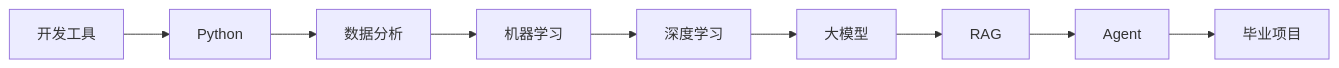
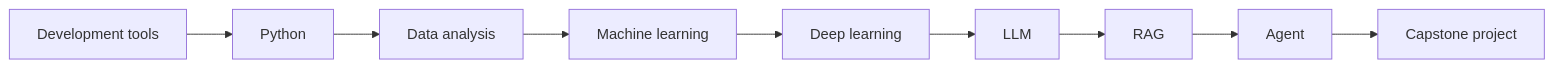
Before and after one commit to oudbiao/AI-fullstack-course: the diagram in docs/intro/phase-transition-guide.md, drawn with Mermaid. The commit also changed other lines of this file and 1406 other files, not shown here.

````diff
--- a/docs/intro/phase-transition-guide.md
+++ b/docs/intro/phase-transition-guide.md
@@ -14,11 +14,11 @@
 ```mermaid
 flowchart LR
-  A["开发工具"] --> B["Python"]
-  B --> C["数据分析"]
-  C --> D["机器学习"]
-  D --> E["深度学习"]
-  E --> F["大模型"]
+  A["Development tools"] --> B["Python"]
+  B --> C["Data analysis"]
+  C --> D["Machine learning"]
+  D --> E["Deep learning"]
+  E --> F["LLM"]
   F --> G["RAG"]
   G --> H["Agent"]
-  H --> I["毕业项目"]
+  H --> I["Capstone project"]
 ```
````
